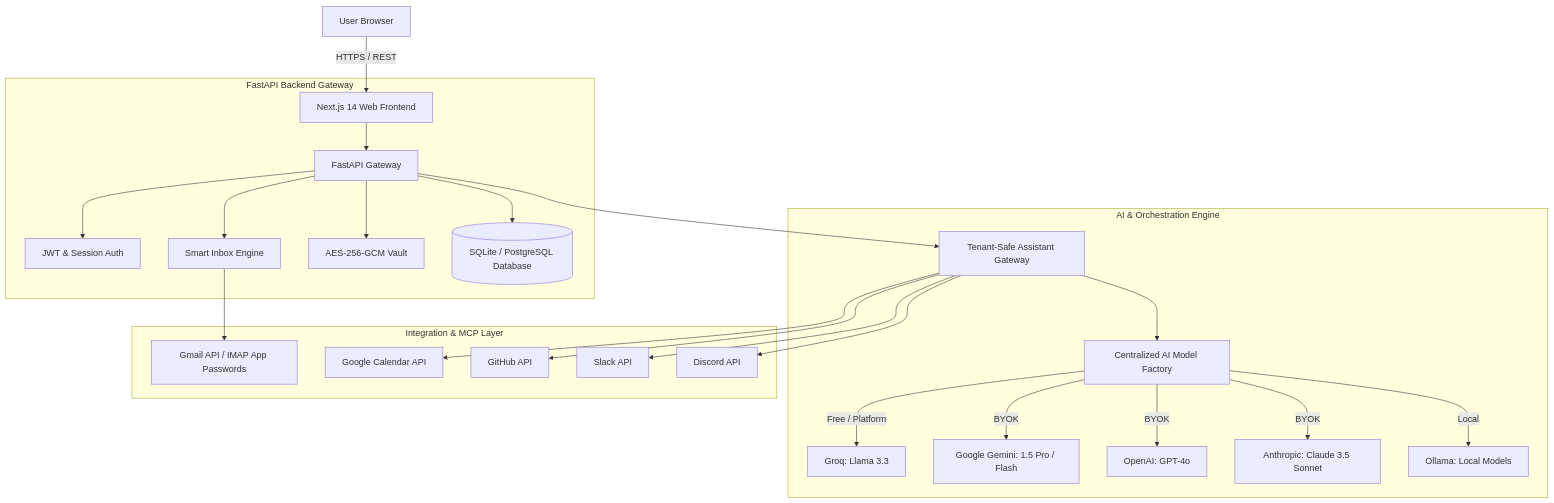
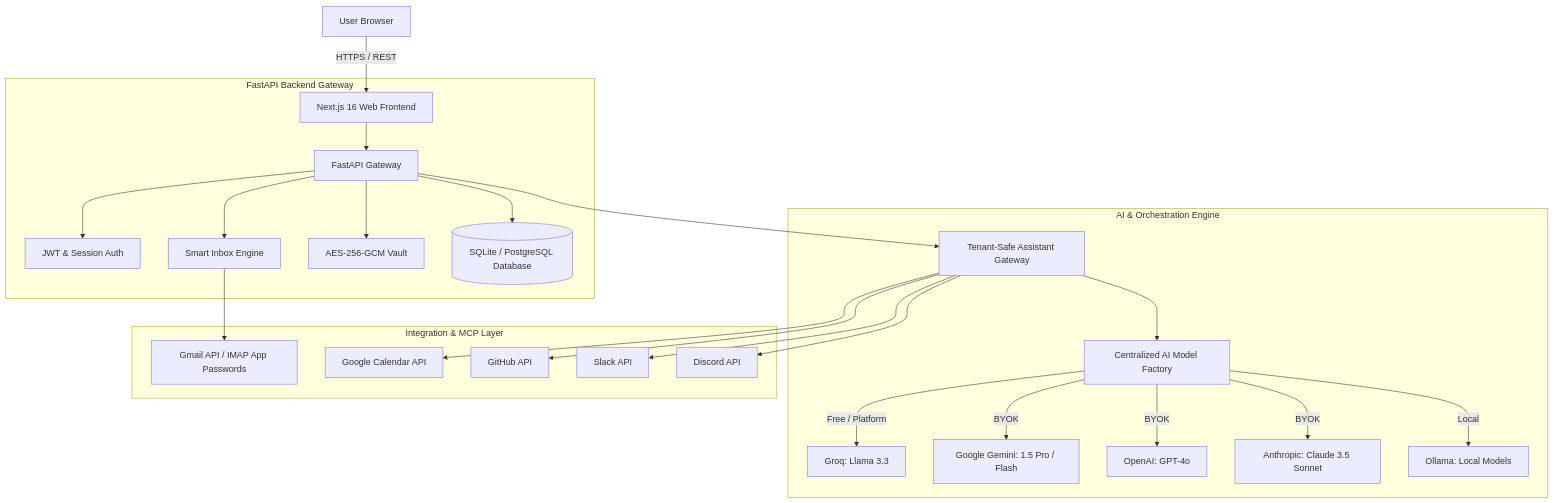
The diagram in README.md (ZubairAbbas1/northstar-personal-ai-workspace), drawn with Mermaid before and after one commit. The commit also changed other lines of this file and 17 other files, not shown here.

````diff
--- a/README.md
+++ b/README.md
@@ -59,31 +59,31 @@
 ```mermaid
 graph TD
-    U[User Browser] -->|HTTPS / REST| FE[Next.js 14 Web Frontend]
+    U[User Browser] -->|HTTPS / REST| FE[Next.js 16 Web Frontend]
 
     subgraph "FastAPI Backend Gateway"
         FE --> API[FastAPI Gateway]
         API --> AUTH[JWT & Session Auth]
         API --> INBOX[Smart Inbox Engine]
         API --> CRYPTO[AES-256-GCM Vault]
         API --> DB[(SQLite / PostgreSQL Database)]
     end
 
     subgraph "AI & Orchestration Engine"
         API --> LG[Tenant-Safe Assistant Gateway]
         LG --> MF[Centralized AI Model Factory]
         MF -->|Free / Platform| GROQ[Groq: Llama 3.3]
         MF -->|BYOK| GEM[Google Gemini: 1.5 Pro / Flash]
         MF -->|BYOK| OAI[OpenAI: GPT-4o]
         MF -->|BYOK| ANT[Anthropic: Claude 3.5 Sonnet]
         MF -->|Local| OLL[Ollama: Local Models]
 
     end
 
     subgraph "Integration & MCP Layer"
         INBOX --> GMAIL[Gmail API / IMAP App Passwords]
         LG --> CAL[Google Calendar API]
         LG --> GH[GitHub API]
         LG --> SLACK[Slack API]
         LG --> DISCORD[Discord API]
     end
 ```
````
